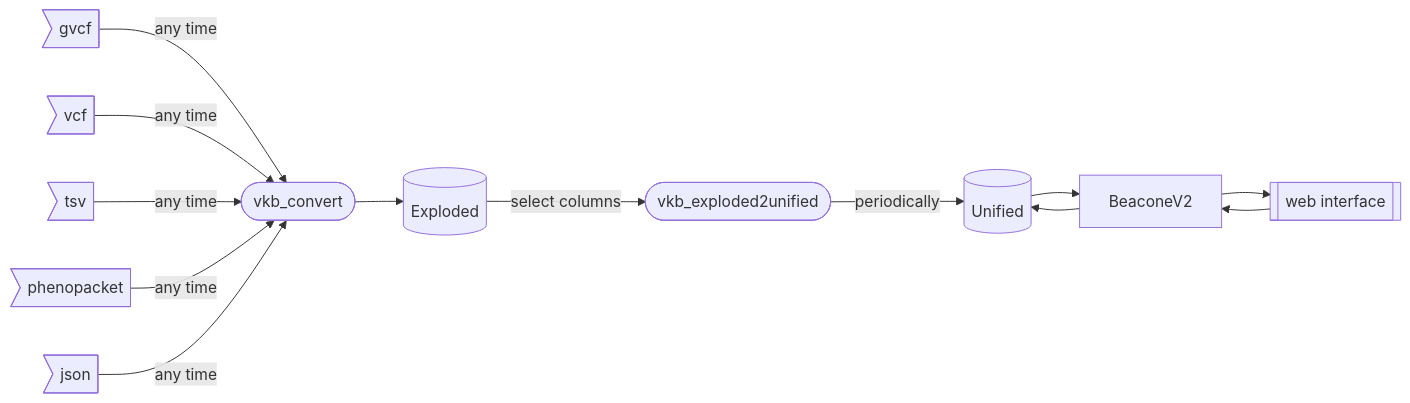
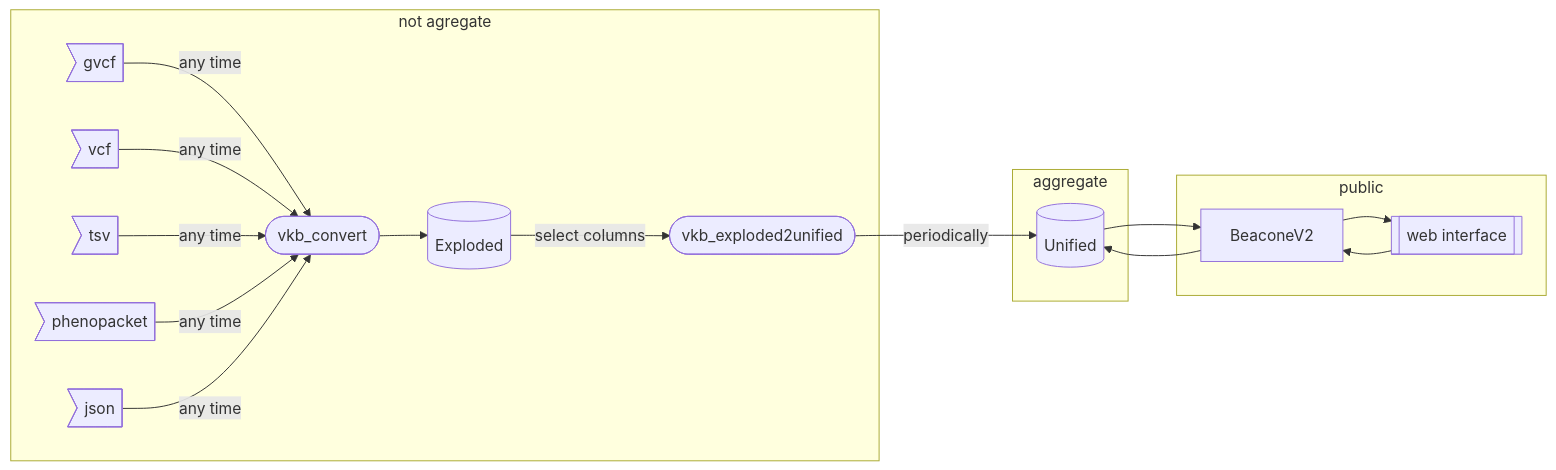
Before and after one commit to GenomeCAD/vkb: the first of 2 diagrams in Readme.md, drawn with Mermaid.

Commit message:
fix: add subgraph to mark visiblity

````diff
--- a/Readme.md
+++ b/Readme.md
@@ -9,31 +9,40 @@
 ```mermaid
 flowchart LR
-    Exploded[(Exploded)]
-    Unified[(Unified)]
-    gvcf>gvcf]
-    vcf>vcf]
-    tsv>tsv]
-    phenopacket>phenopacket]
-    json>json]
-    vkb_convert([vkb_convert])
-    vkb_exploded2unified([vkb_exploded2unified])
-	web[[web interface]]
+    subgraph not agregate
+        Exploded[(Exploded)]
+        gvcf>gvcf]
+        vcf>vcf]
+        tsv>tsv]
+        phenopacket>phenopacket]
+        json>json]
+        vkb_convert([vkb_convert])
+        vkb_exploded2unified([vkb_exploded2unified])
+    end
+
+    subgraph aggregate
+        Unified[(Unified)]
+    end
+
+    subgraph public
+        BeaconeV2[BeaconeV2]
+        web[[web interface]]
+    end
 
     gvcf -->|any time| vkb_convert
     vcf -->|any time| vkb_convert
     tsv -->|any time| vkb_convert
     phenopacket -->|any time| vkb_convert
     json -->|any time| vkb_convert
 
     vkb_convert --> Exploded
 
     Exploded -->|select columns| vkb_exploded2unified
 
     vkb_exploded2unified -->|periodically| Unified
 
     Unified --> BeaconeV2
     BeaconeV2 --> Unified
 
     BeaconeV2 --> web
     web --> BeaconeV2
 ```
````
